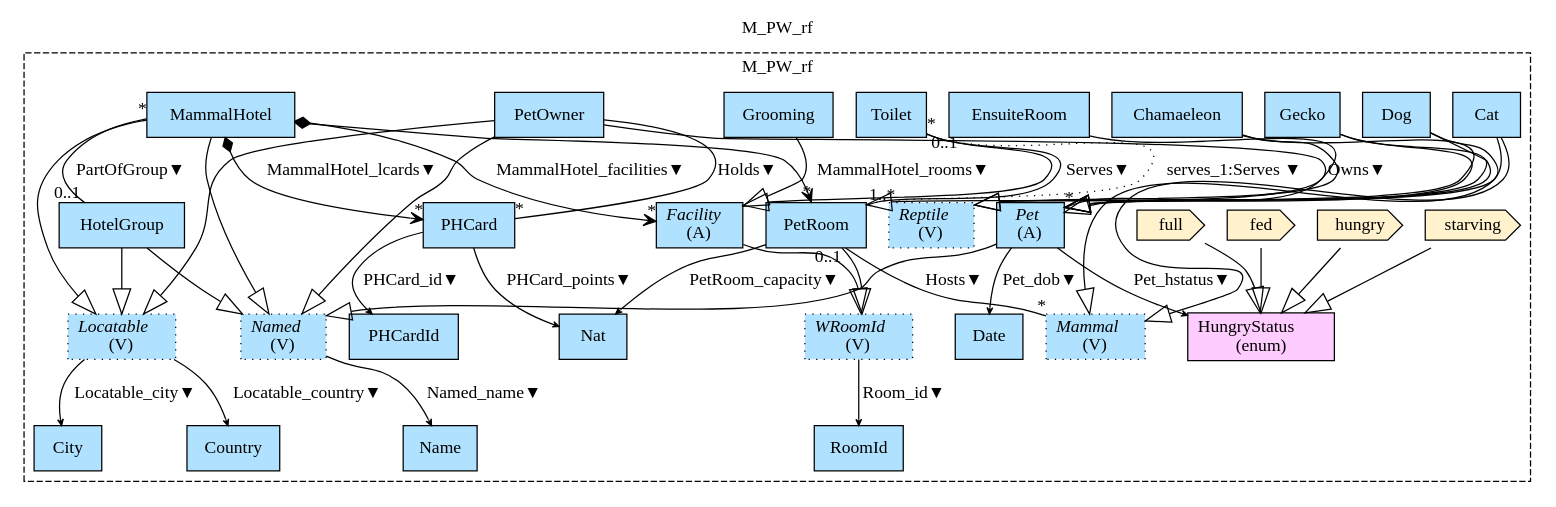
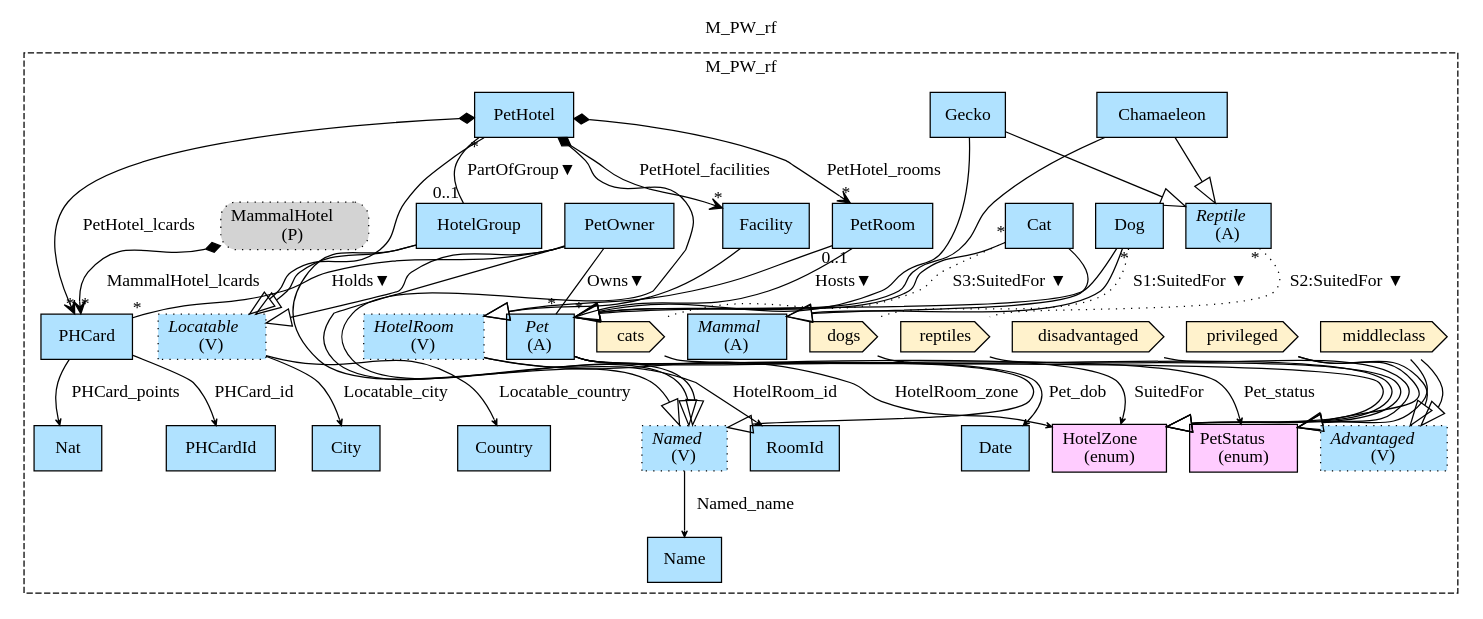
One commit to namalio/Fragmenta changed the diagram in Haskell/FragmentaTests/PetsWorld/img/M_PW_rf.gv. Above: the diagram before and after it, drawn with Graphviz. The commit also changed 39 other files, not shown here.

```diff
--- a/Haskell/FragmentaTests/PetsWorld/img/M_PW_rf.gv
+++ b/Haskell/FragmentaTests/PetsWorld/img/M_PW_rf.gv
@@ -1,79 +1,86 @@
 digraph {graph[label=M_PW_rf,labelloc=tl,labelfontsize=12];
 subgraph cluster_M_PW_rf{style=dashed;label=M_PW_rf;
 "Name"[shape=record,fillcolor=lightskyblue1,style = filled,label="Name"];
 "Country"[shape=record,fillcolor=lightskyblue1,style = filled,label="Country"];
 "City"[shape=record,fillcolor=lightskyblue1,style = filled,label="City"];
 "Date"[shape=record,fillcolor=lightskyblue1,style = filled,label="Date"];
 "PetOwner"[shape=record,fillcolor=lightskyblue1,style = filled,label="PetOwner"];
-"starving"[shape=cds,fillcolor="#FFF2CC",style = filled,label="starving"];
-"hungry"[shape=cds,fillcolor="#FFF2CC",style = filled,label="hungry"];
-"fed"[shape=cds,fillcolor="#FFF2CC",style = filled,label="fed"];
-"full"[shape=cds,fillcolor="#FFF2CC",style = filled,label="full"];
-"HungryStatus"[shape=record,fillcolor="#FFCCFF",style = filled,label="HungryStatus\l(enum)"];
-"Dog"[shape=record,fillcolor=lightskyblue1,style = filled,label="Dog"];
-"Cat"[shape=record,fillcolor=lightskyblue1,style = filled,label="Cat"];
+"disadvantaged"[shape=cds,fillcolor="#FFF2CC",style = filled,label="disadvantaged"];
+"PetStatus"[shape=record,fillcolor="#FFCCFF",style = filled,label="PetStatus\l(enum)"];
+"Mammal"[shape=record,fillcolor=lightskyblue1,style = filled,label=<{<I>Mammal</I><br/>(A)}>];
 "Chamaeleon"[shape=record,fillcolor=lightskyblue1,style = filled,label="Chamaeleon"];
 "Gecko"[shape=record,fillcolor=lightskyblue1,style = filled,label="Gecko"];
-"Reptile"[shape=record,fillcolor=lightskyblue1,style ="filled,dotted",label=<{<I>Reptile</I><br/>(V)}>];
+"privileged"[shape=cds,fillcolor="#FFF2CC",style = filled,label="privileged"];
+"middleclass"[shape=cds,fillcolor="#FFF2CC",style = filled,label="middleclass"];
+"Advantaged"[shape=record,fillcolor=lightskyblue1,style ="filled,dotted",label=<{<I>Advantaged</I><br/>(V)}>];
 "RoomId"[shape=record,fillcolor=lightskyblue1,style = filled,label="RoomId"];
-"WRoomId"[shape=record,fillcolor=lightskyblue1,style ="filled,dotted",label=<{<I>WRoomId</I><br/>(V)}>];
+"HotelZone"[shape=record,fillcolor="#FFCCFF",style = filled,label="HotelZone\l(enum)"];
+"dogs"[shape=cds,fillcolor="#FFF2CC",style = filled,label="dogs"];
+"reptiles"[shape=cds,fillcolor="#FFF2CC",style = filled,label="reptiles"];
+"cats"[shape=cds,fillcolor="#FFF2CC",style = filled,label="cats"];
+"PetHotel"[shape=record,fillcolor=lightskyblue1,style = filled,label="PetHotel"];
 "HotelGroup"[shape=record,fillcolor=lightskyblue1,style = filled,label="HotelGroup"];
+"Facility"[shape=record,fillcolor=lightskyblue1,style = filled,label="Facility"];
+"Nat"[shape=record,fillcolor=lightskyblue1,style = filled,label="Nat"];
 "PHCardId"[shape=record,fillcolor=lightskyblue1,style = filled,label="PHCardId"];
-"EnsuiteRoom"[shape=record,fillcolor=lightskyblue1,style = filled,label="EnsuiteRoom"];
-"Toilet"[shape=record,fillcolor=lightskyblue1,style = filled,label="Toilet"];
-"Grooming"[shape=record,fillcolor=lightskyblue1,style = filled,label="Grooming"];
+"PMammalHotel"[shape=box,fillcolor=lightgray,style ="rounded,filled,dotted",label=<MammalHotel<br/>(P)>];
 "Pet"[shape=record,fillcolor=lightskyblue1,style = filled,label=<{<I>Pet</I><br/>(A)}>];
-"Mammal"[shape=record,fillcolor=lightskyblue1,style ="filled,dotted",label=<{<I>Mammal</I><br/>(V)}>];
+"Dog"[shape=record,fillcolor=lightskyblue1,style = filled,label="Dog"];
+"Reptile"[shape=record,fillcolor=lightskyblue1,style = filled,label=<{<I>Reptile</I><br/>(A)}>];
+"Cat"[shape=record,fillcolor=lightskyblue1,style = filled,label="Cat"];
 "Named"[shape=record,fillcolor=lightskyblue1,style ="filled,dotted",label=<{<I>Named</I><br/>(V)}>];
 "Locatable"[shape=record,fillcolor=lightskyblue1,style ="filled,dotted",label=<{<I>Locatable</I><br/>(V)}>];
+"PetRoom"[shape=record,fillcolor=lightskyblue1,style = filled,label="PetRoom"];
+"HotelRoom"[shape=record,fillcolor=lightskyblue1,style ="filled,dotted",label=<{<I>HotelRoom</I><br/>(V)}>];
 "PHCard"[shape=record,fillcolor=lightskyblue1,style = filled,label="PHCard"];
-"MammalHotel"[shape=record,fillcolor=lightskyblue1,style = filled,label="MammalHotel"];
-"Facility"[shape=record,fillcolor=lightskyblue1,style = filled,label=<{<I>Facility</I><br/>(A)}>];
-"PetRoom"[shape=record,fillcolor=lightskyblue1,style = filled,label="PetRoom"];
-"Nat"[shape=record,fillcolor=lightskyblue1,style = filled,label="Nat"];
 
-"Named"->"Name"[label="Named_name▼",arrowhead=vee,headlabel="",arrowsize=.5];
-"Locatable"->"Country"[label="Locatable_country▼",arrowhead=vee,headlabel="",arrowsize=.5];
-"Locatable"->"City"[label="Locatable_city▼",arrowhead=vee,headlabel="",arrowsize=.5];
-"Pet"->"Date"[label="Pet_dob▼",arrowhead=vee,headlabel="",arrowsize=.5];
+"Named"->"Name"[label="Named_name",arrowhead=vee,headlabel="",arrowsize=.5];
+"Locatable"->"Country"[label="Locatable_country",arrowhead=vee,headlabel="",arrowsize=.5];
+"Locatable"->"City"[label="Locatable_city",arrowhead=vee,headlabel="",arrowsize=.5];
+"Pet"->"Date"[label="Pet_dob",arrowhead=vee,headlabel="",arrowsize=.5];
 "PetOwner"->"Pet"[label="Owns▼",dir=none,taillabel="",headlabel="*"];
 "PetOwner"->"PHCard"[label="Holds▼",dir=none,taillabel="",headlabel="*"];
 "Pet"->"Named"[arrowhead=onormal,arrowsize=2.0];
 "PetOwner"->"Named"[arrowhead=onormal,arrowsize=2.0];
 "PetOwner"->"Locatable"[arrowhead=onormal,arrowsize=2.0];
-"starving"->"HungryStatus"[arrowhead=onormal,arrowsize=2.0];
-"hungry"->"HungryStatus"[arrowhead=onormal,arrowsize=2.0];
-"fed"->"HungryStatus"[arrowhead=onormal,arrowsize=2.0];
-"full"->"HungryStatus"[arrowhead=onormal,arrowsize=2.0];
-"Pet"->"HungryStatus"[label="Pet_hstatus▼",arrowhead=vee,headlabel="",arrowsize=.5];
+"privileged"->"PetStatus"[arrowhead=onormal,arrowsize=2.0];
+"middleclass"->"PetStatus"[arrowhead=onormal,arrowsize=2.0];
+"disadvantaged"->"PetStatus"[arrowhead=onormal,arrowsize=2.0];
+"Pet"->"PetStatus"[label="Pet_status",arrowhead=vee,headlabel="",arrowsize=.5];
 "Dog"->"Pet"[arrowhead=onormal,arrowsize=2.0];
 "Cat"->"Pet"[arrowhead=onormal,arrowsize=2.0];
 "Chamaeleon"->"Pet"[arrowhead=onormal,arrowsize=2.0];
 "Gecko"->"Pet"[arrowhead=onormal,arrowsize=2.0];
 "Dog"->"Mammal"[arrowhead=onormal,arrowsize=2.0];
 "Cat"->"Mammal"[arrowhead=onormal,arrowsize=2.0];
 "Chamaeleon"->"Reptile"[arrowhead=onormal,arrowsize=2.0];
 "Gecko"->"Reptile"[arrowhead=onormal,arrowsize=2.0];
-"MammalHotel"->"PetRoom"[label="MammalHotel_rooms▼",arrowhead=vee,arrowtail=diamond,dir=both,headlabel="*"];
-"MammalHotel"->"Facility"[label="MammalHotel_facilities▼",arrowhead=vee,arrowtail=diamond,dir=both,headlabel="*"];
-"PetRoom"->"Mammal"[label="Hosts▼",dir=none,taillabel="0..1",headlabel="*"];
-"WRoomId"->"RoomId"[label="Room_id▼",arrowhead=vee,headlabel="",arrowsize=.5];
-"MammalHotel"->"Named"[arrowhead=onormal,arrowsize=2.0];
-"MammalHotel"->"Locatable"[arrowhead=onormal,arrowsize=2.0];
-"PetRoom"->"WRoomId"[arrowhead=onormal,arrowsize=2.0];
-"Facility"->"WRoomId"[arrowhead=onormal,arrowsize=2.0];
+"privileged"->"Advantaged"[arrowhead=onormal,arrowsize=2.0];
+"middleclass"->"Advantaged"[arrowhead=onormal,arrowsize=2.0];
+"dogs"->"HotelZone"[arrowhead=onormal,arrowsize=2.0];
+"reptiles"->"HotelZone"[arrowhead=onormal,arrowsize=2.0];
+"cats"->"HotelZone"[arrowhead=onormal,arrowsize=2.0];
+"PetRoom"->"Pet"[label="Hosts▼",dir=none,taillabel="0..1",headlabel="*"];
+"Pet"->"HotelZone"[label="SuitedFor",arrowhead=vee,headlabel="",arrowsize=.5];
+"HotelRoom"->"RoomId"[label="HotelRoom_id",arrowhead=vee,headlabel="",arrowsize=.5];
+"HotelRoom"->"HotelZone"[label="HotelRoom_zone",arrowhead=vee,headlabel="",arrowsize=.5];
+"Dog"->"dogs"[label="S1:SuitedFor ▼",dir=none,taillabel="*",headlabel="",style=dotted];
+"Reptile"->"reptiles"[label="S2:SuitedFor ▼",dir=none,taillabel="*",headlabel="",style=dotted];
+"Cat"->"cats"[label="S3:SuitedFor ▼",dir=none,taillabel="*",headlabel="",style=dotted];
+"PetRoom"->"HotelRoom"[arrowhead=onormal,arrowsize=2.0];
+"PetHotel"->"HotelGroup"[label="PartOfGroup▼",dir=none,taillabel="*",headlabel="0..1"];
+"PetHotel"->"PHCard"[label="PetHotel_lcards",arrowhead=vee,arrowtail=diamond,dir=both,headlabel="*"];
+"PetHotel"->"Facility"[label="PetHotel_facilities",arrowhead=vee,arrowtail=diamond,dir=both,headlabel="*"];
+"PetHotel"->"PetRoom"[label="PetHotel_rooms",arrowhead=vee,arrowtail=diamond,dir=both,headlabel="*"];
+"PetHotel"->"Named"[arrowhead=onormal,arrowsize=2.0];
+"PetHotel"->"Locatable"[arrowhead=onormal,arrowsize=2.0];
 "HotelGroup"->"Named"[arrowhead=onormal,arrowsize=2.0];
 "HotelGroup"->"Locatable"[arrowhead=onormal,arrowsize=2.0];
-"MammalHotel"->"HotelGroup"[label="PartOfGroup▼",dir=none,taillabel="*",headlabel="0..1"];
-"PHCard"->"Nat"[label="PHCard_points▼",arrowhead=vee,headlabel="",arrowsize=.5];
-"PHCard"->"PHCardId"[label="PHCard_id▼",arrowhead=vee,headlabel="",arrowsize=.5];
-"MammalHotel"->"PHCard"[label="MammalHotel_lcards▼",arrowhead=vee,arrowtail=diamond,dir=both,headlabel="*"];
-"PetRoom"->"Nat"[label="PetRoom_capacity▼",arrowhead=vee,headlabel="",arrowsize=.5];
-"Toilet"->"PetRoom"[label="Serves▼",dir=none,taillabel="*",headlabel="1..*"];
-"Toilet"->"PetRoom"[label="serves_1:Serves ▼",dir=none,taillabel="0..1",headlabel="",style=dotted];
-"EnsuiteRoom"->"PetRoom"[arrowhead=onormal,arrowsize=2.0];
-"Toilet"->"Facility"[arrowhead=onormal,arrowsize=2.0];
-"Grooming"->"Facility"[arrowhead=onormal,arrowsize=2.0];
+"Facility"->"HotelRoom"[arrowhead=onormal,arrowsize=2.0];
+"PHCard"->"Nat"[label="PHCard_points",arrowhead=vee,headlabel="",arrowsize=.5];
+"PHCard"->"PHCardId"[label="PHCard_id",arrowhead=vee,headlabel="",arrowsize=.5];
+"PMammalHotel"->"PHCard"[label="MammalHotel_lcards",arrowhead=vee,arrowtail=diamond,dir=both,headlabel="*"];
 
 }
+
 }
```
